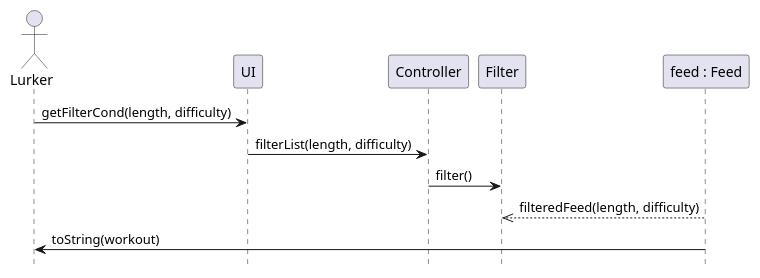
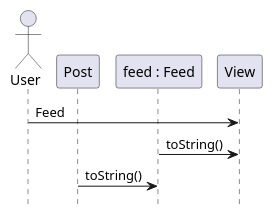
Before and after one commit to arun-guruswamy/workout-networking: the fourth of 6 diagrams in intellij/doc/design.md, drawn with PlantUML. The commit also changed other lines of this file, not shown here.

````diff
--- a/intellij/doc/design.md
+++ b/intellij/doc/design.md
@@ -74,16 +93,16 @@
 ```plantuml 
 @startuml
 hide footbox
-actor Lurker as lurker
-participant "UI" as ui
-participant "Controller" as controller 
-participant "Filter" as filter
-participant "feed : Feed" as feed 
+actor "User" as user 
+participant "Post" as post
+participant "feed : Feed" as feed
+participant "View" as view
 
-lurker -> ui : getFilterCond(length, difficulty) 
-ui -> controller: filterList(length, difficulty) 
-controller -> filter : filter()
-filter <<-- feed : filteredFeed(length, difficulty)
-feed -> lurker : toString(workout)
+
+user -> view : Feed
+view <- feed : toString()
+feed <- post : toString()
+
+
 @enduml
 ```
````
